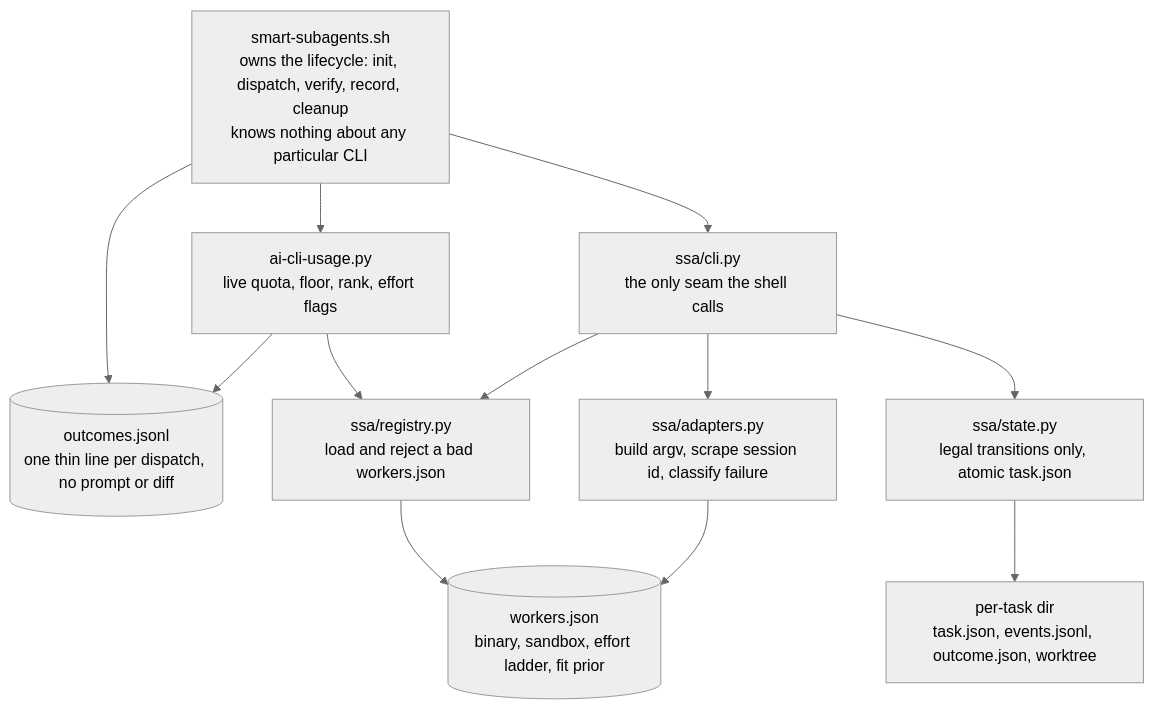
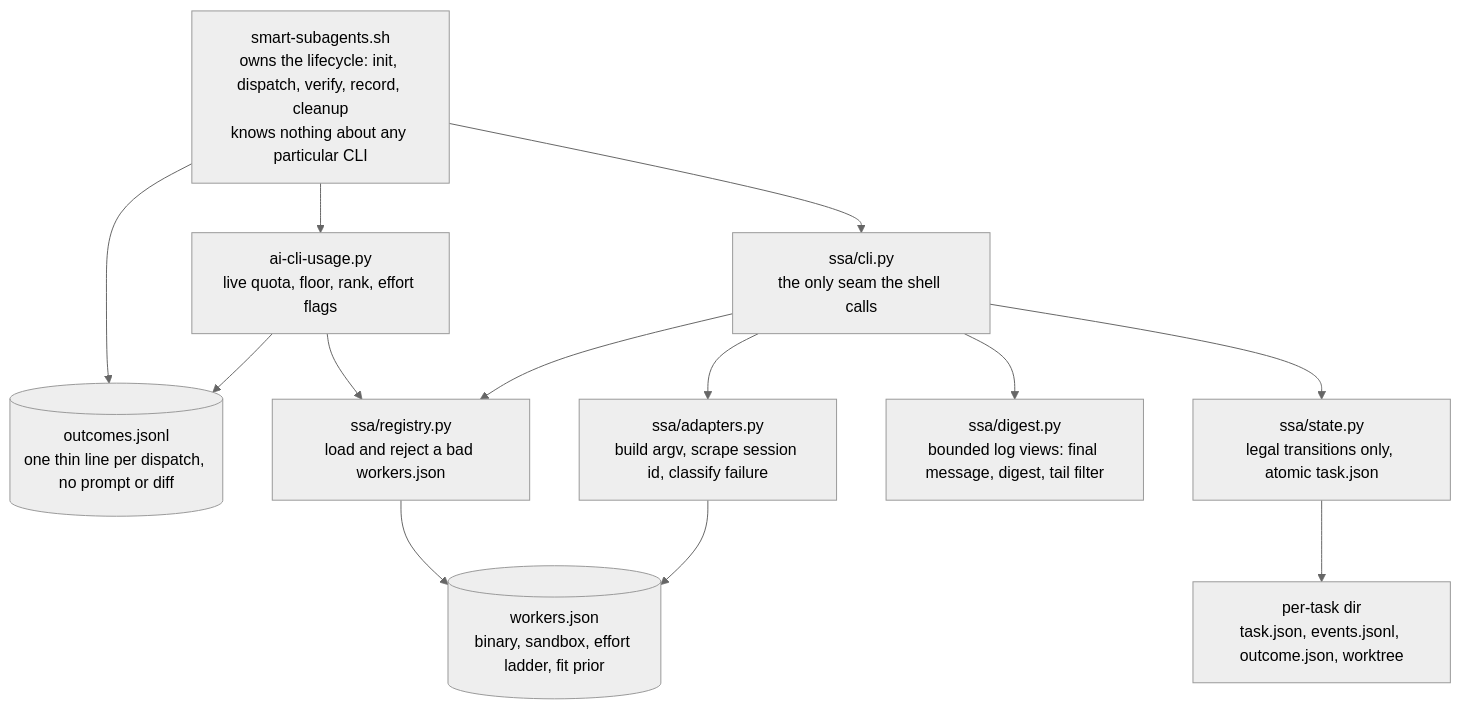
One commit to m-esm/smart-subagents changed the first of 2 diagrams in docs/ARCHITECTURE.md. Above: the diagram before and after it, drawn with Mermaid (neutral theme). The commit also changed 13 other files, not shown here.

````diff
--- a/docs/ARCHITECTURE.md
+++ b/docs/ARCHITECTURE.md
@@ -7,15 +7,16 @@
 ```mermaid
 flowchart TB
     SH["smart-subagents.sh<br/>owns the lifecycle: init, dispatch, verify, record, cleanup<br/>knows nothing about any particular CLI"]
     SH --> CLI["ssa/cli.py<br/>the only seam the shell calls"]
     SH --> USAGE["ai-cli-usage.py<br/>live quota, floor, rank, effort flags"]
     SH --> LEDGER[("outcomes.jsonl<br/>one thin line per dispatch, no prompt or diff")]
     USAGE --> LEDGER
     USAGE --> REG["ssa/registry.py<br/>load and reject a bad workers.json"]
     CLI --> REG
     CLI --> ADAPT["ssa/adapters.py<br/>build argv, scrape session id, classify failure"]
+    CLI --> DIGEST["ssa/digest.py<br/>bounded log views: final message, digest, tail filter"]
     CLI --> ST["ssa/state.py<br/>legal transitions only, atomic task.json"]
     REG --> WJ[("workers.json<br/>binary, sandbox, effort ladder, fit prior")]
     ADAPT --> WJ
     ST --> TD["per-task dir<br/>task.json, events.jsonl, outcome.json, worktree"]
 ```
````
